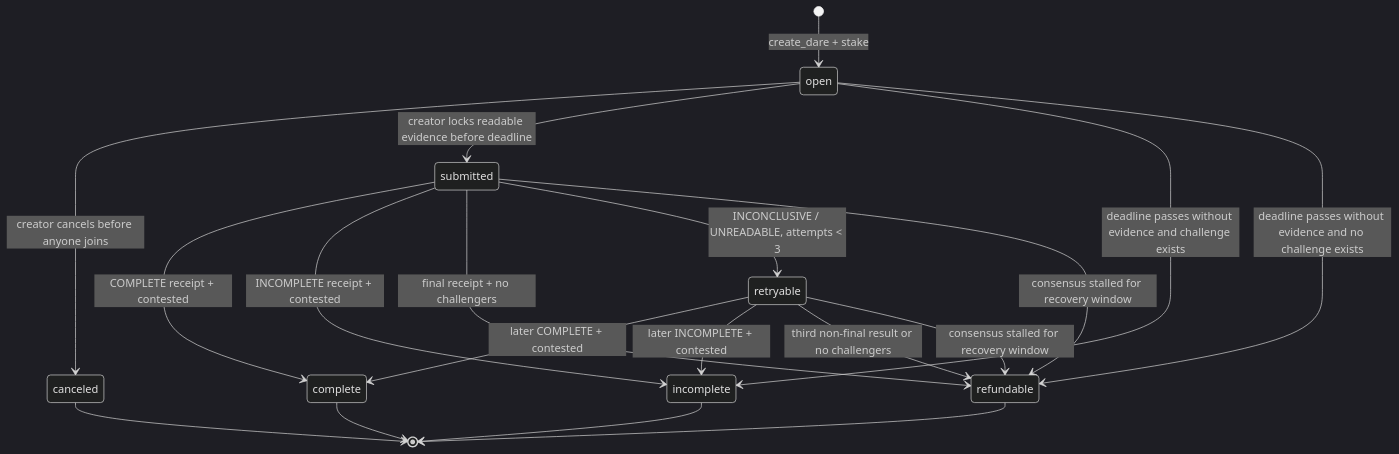
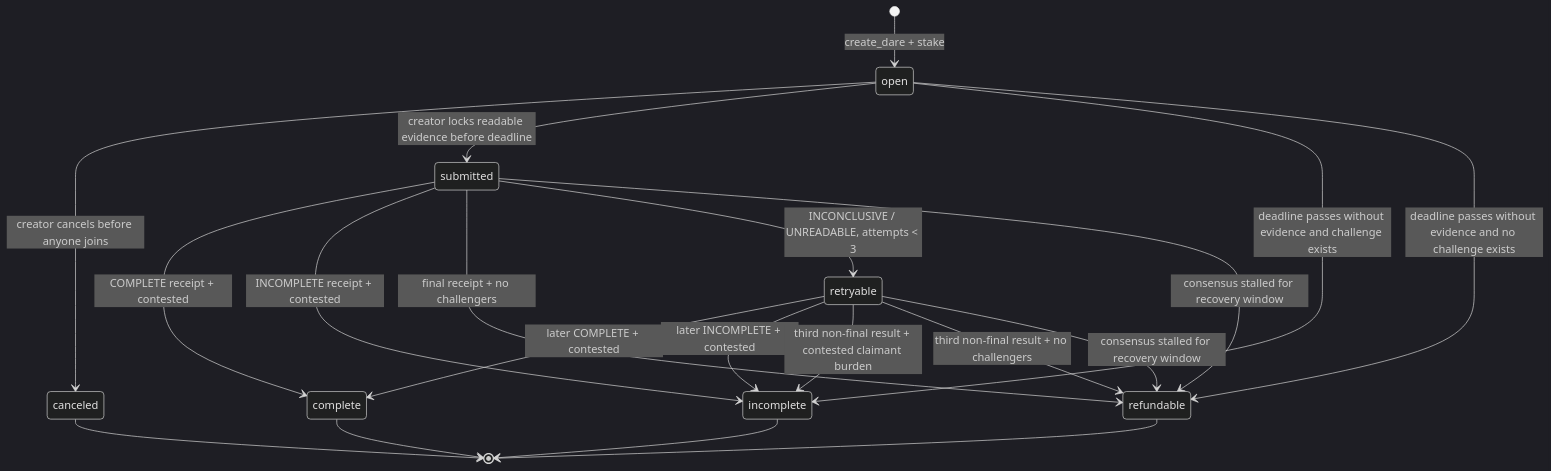
One commit to zakazaka95/GenDare changed the second of 3 diagrams in docs/ARCHITECTURE.md. Above: the diagram before and after it, drawn with Mermaid (dark theme). The commit also changed other lines of this file and 21 other files, not shown here.

````diff
--- a/docs/ARCHITECTURE.md
+++ b/docs/ARCHITECTURE.md
@@ -67,21 +68,22 @@
 ```mermaid
 stateDiagram-v2
     [*] --> open: create_dare + stake
     open --> canceled: creator cancels before anyone joins
     open --> submitted: creator locks readable evidence before deadline
     open --> incomplete: deadline passes without evidence and challenge exists
     open --> refundable: deadline passes without evidence and no challenge exists
     submitted --> complete: COMPLETE receipt + contested
     submitted --> incomplete: INCOMPLETE receipt + contested
     submitted --> refundable: final receipt + no challengers
     submitted --> retryable: INCONCLUSIVE / UNREADABLE, attempts < 3
     retryable --> complete: later COMPLETE + contested
     retryable --> incomplete: later INCOMPLETE + contested
-    retryable --> refundable: third non-final result or no challengers
+    retryable --> incomplete: third non-final result + contested claimant burden
+    retryable --> refundable: third non-final result + no challengers
     submitted --> refundable: consensus stalled for recovery window
     retryable --> refundable: consensus stalled for recovery window
     canceled --> [*]
     complete --> [*]
     incomplete --> [*]
     refundable --> [*]
 ```
````
